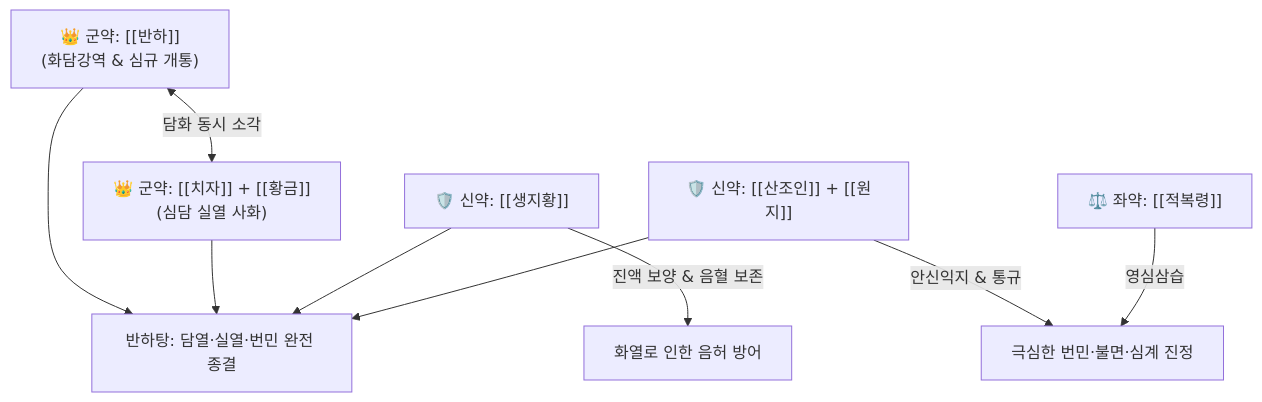
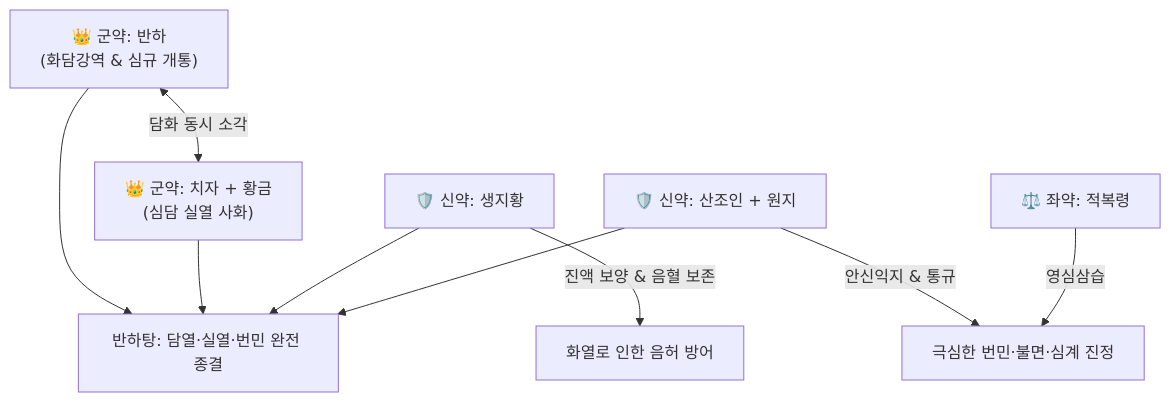
The diagram in content/2. 약리 공부/처방/03_화담·거습·이수제/반하탕.md (simbio11/simbio-digital-garden2), drawn with Mermaid before and after one commit. The commit also changed other lines of this file and 323 other files, not shown here.

````diff
--- a/content/2. 약리 공부/처방/03_화담·거습·이수제/반하탕.md
+++ b/content/2. 약리 공부/처방/03_화담·거습·이수제/반하탕.md
@@ -49,8 +51,8 @@
 ```mermaid
 graph TD
-    BH["👑 군약: [[반하]]<br>(화담강역 & 심규 개통)"] <-->|담화 동시 소각| CJ["👑 군약: [[치자]] + [[황금]]<br>(심담 실열 사화)"]
-    SJ["🛡️ 신약: [[생지황]]"] -->|진액 보양 & 음혈 보존| X["화열로 인한 음허 방어"]
-    AN["🛡️ 신약: [[산조인]] + [[원지]]"] -->|안신익지 & 통규| Y["극심한 번민·불면·심계 진정"]
-    FL["⚖️ 좌약: [[적복령]]"] -->|영심삼습| Y
+    BH["👑 군약: 반하<br>(화담강역 & 심규 개통)"] <-->|담화 동시 소각| CJ["👑 군약: 치자 + 황금<br>(심담 실열 사화)"]
+    SJ["🛡️ 신약: 생지황"] -->|진액 보양 & 음혈 보존| X["화열로 인한 음허 방어"]
+    AN["🛡️ 신약: 산조인 + 원지"] -->|안신익지 & 통규| Y["극심한 번민·불면·심계 진정"]
+    FL["⚖️ 좌약: 적복령"] -->|영심삼습| Y
     BH & CJ & SJ & AN --> Final["반하탕: 담열·실열·번민 완전 종결"]
 ```
````
